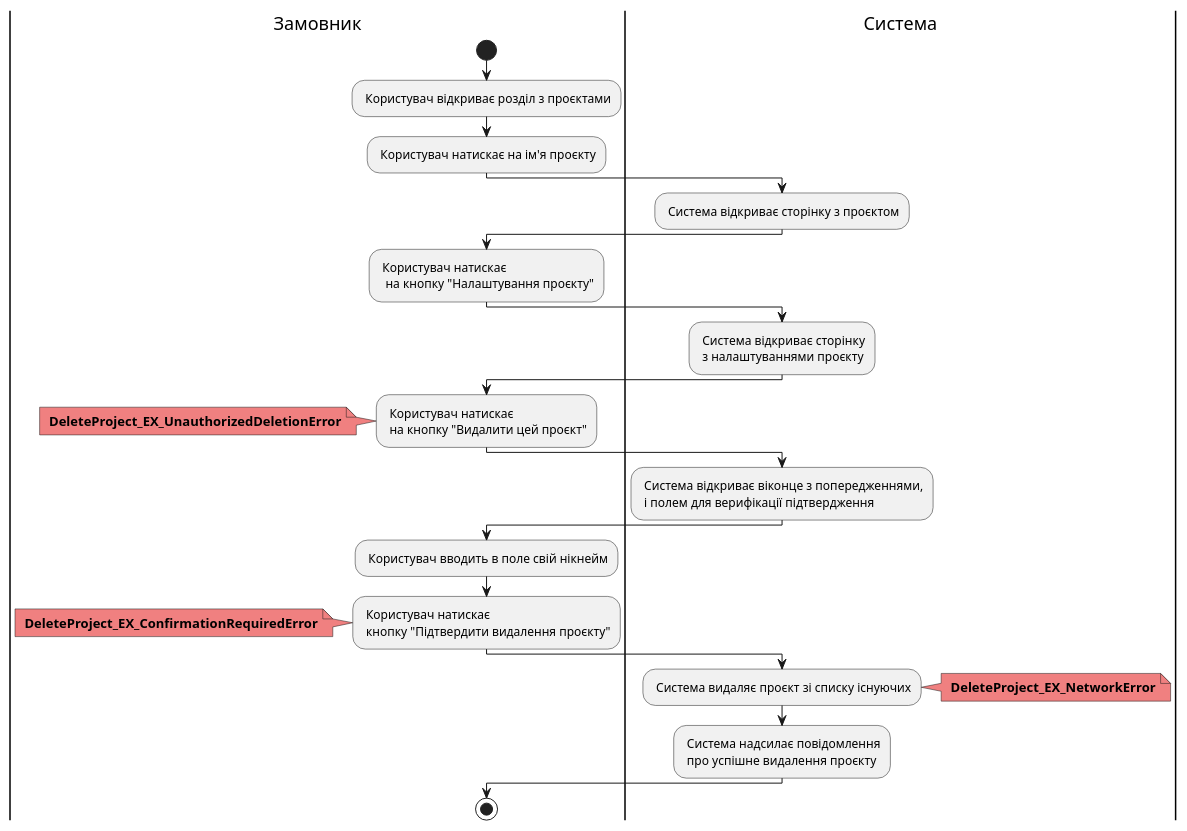
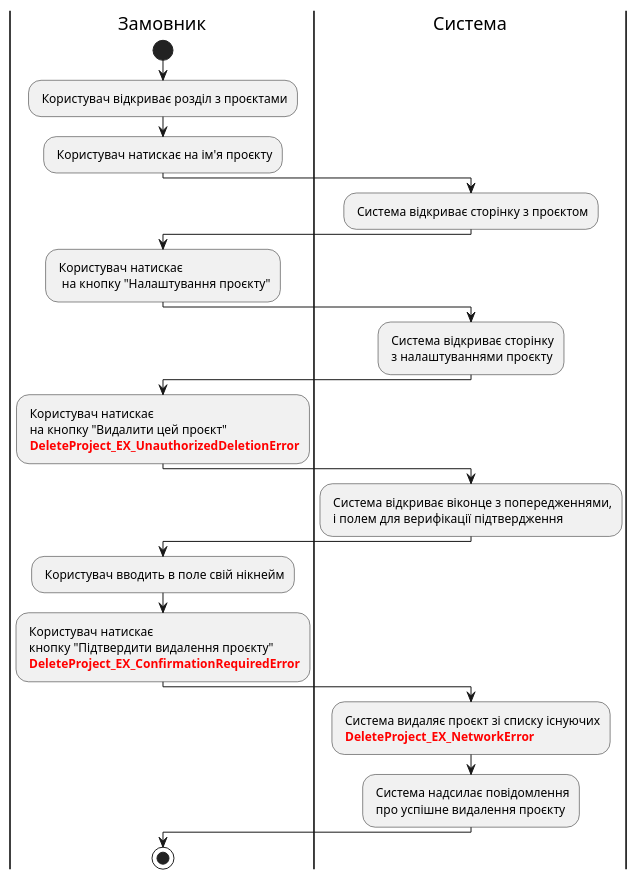
The eighth of 16 diagrams in docs/use cases/README.md (edu-db/edu_db_labs), drawn with PlantUML before and after one commit. The commit also changed other lines of this file, not shown here.

Commit message:
refactor use cases with such id (SignUp, SignIn,CreateProject, DeleteProject)

```diff
--- a/docs/use cases/README.md
+++ b/docs/use cases/README.md
@@ -302,49 +294,44 @@
 @startuml
 
     |Замовник|
     start;
     : Користувач відкриває розділ з проєктами;
     : Користувач натискає на ім'я проєкту;
 
     |Система|
     : Система відкриває сторінку з проєктом;
 
     |Замовник|
     : Користувач натискає
       на кнопку "Налаштування проєкту";
       
     |Система|
     : Система відкриває сторінку
      з налаштуваннями проєкту;
     
     |Замовник|
     : Користувач натискає
-     на кнопку "Видалити цей проєкт";
-    note left #F08080
-    <b> DeleteProject_EX_UnauthorizedDeletionError
-    end note
+     на кнопку "Видалити цей проєкт"
+    <font color="red"><b> DeleteProject_EX_UnauthorizedDeletionError;
 
     |Система|
     : Система відкриває віконце з попередженнями,
      і полем для верифікації підтвердження;
 
     |Замовник|
     : Користувач вводить в поле свій нікнейм;
     : Користувач натискає
-     кнопку "Підтвердити видалення проєкту";
-    note left #F08080
-    <b> DeleteProject_EX_ConfirmationRequiredError
-    end note
+     кнопку "Підтвердити видалення проєкту"
+    <font color="red"><b> DeleteProject_EX_ConfirmationRequiredError;
 
     |Система|
-    : Система видаляє проєкт зі списку існуючих;
-    note right #F08080
-    <b> DeleteProject_EX_NetworkError
-    end note
+    : Система видаляє проєкт зі списку існуючих
+    <font color="red"><b> DeleteProject_EX_NetworkError;
+
     : Система надсилає повідомлення
      про успішне видалення проєкту;
 
     |Замовник|
     stop;
 
 @enduml
```
